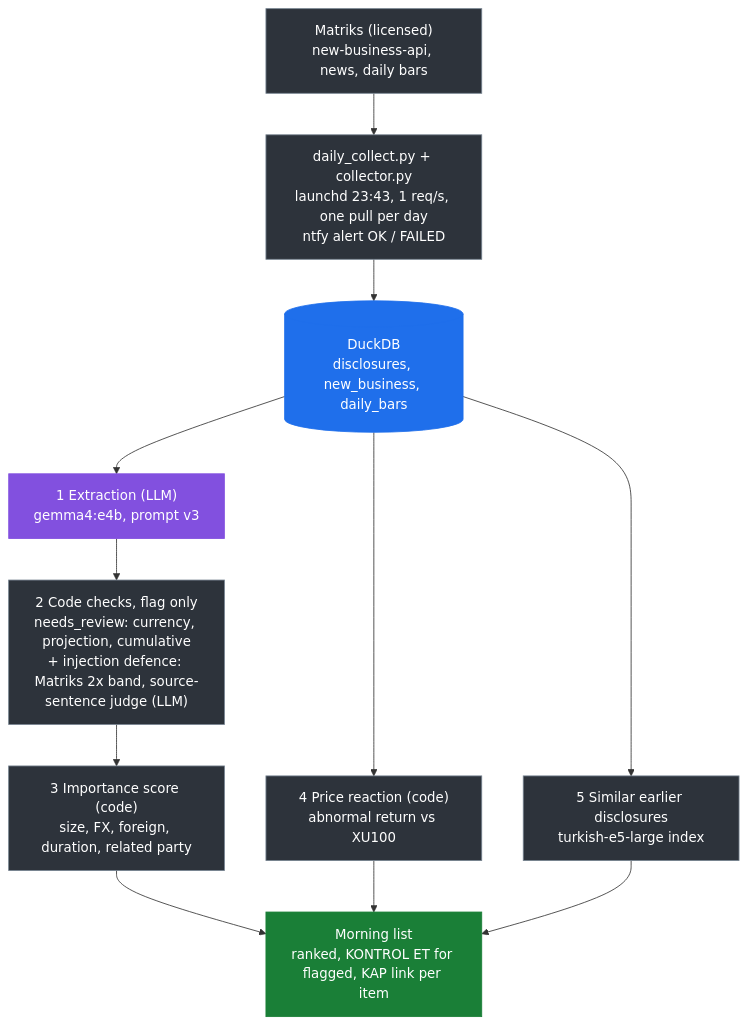
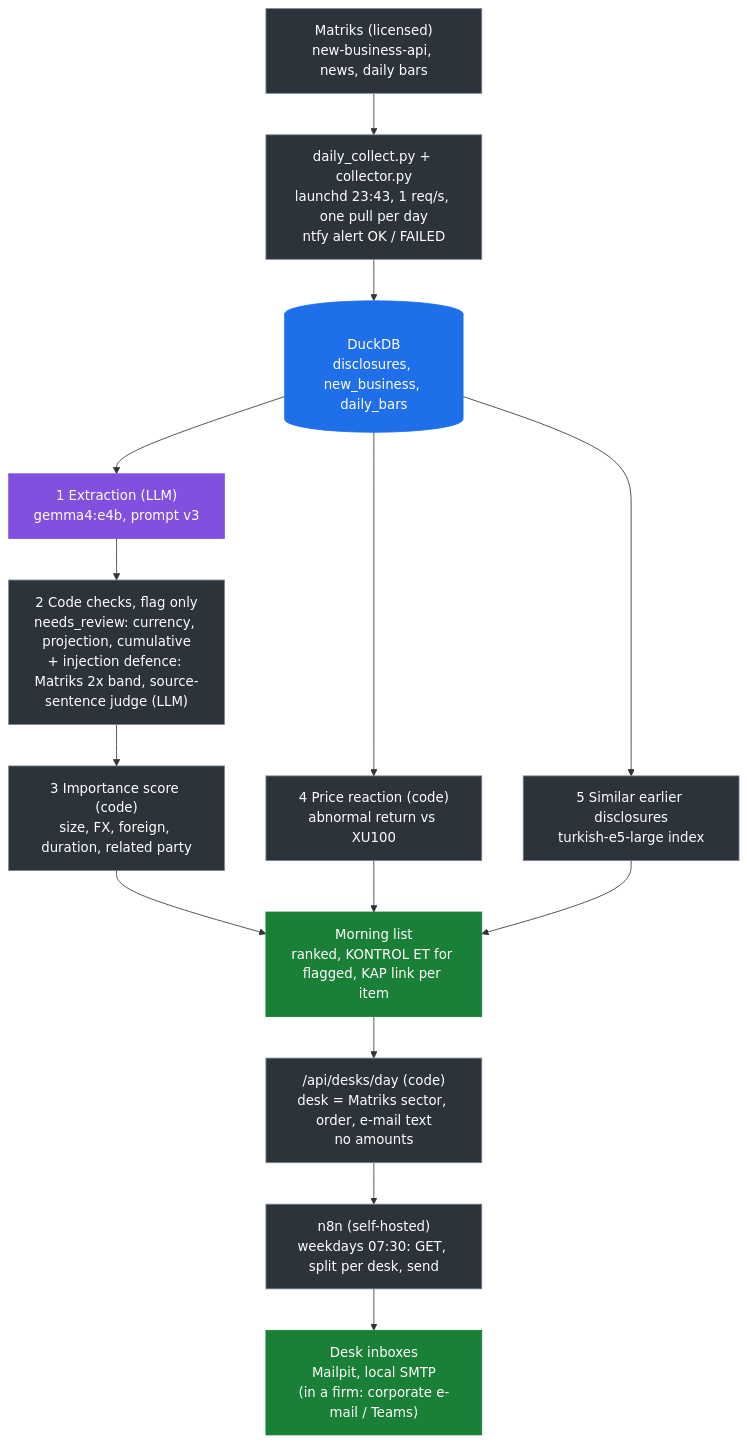
Before and after one commit to sfeyzayildiz/kap-triage: the first of 2 diagrams in docs/architecture.md, drawn with Mermaid. The commit also changed other lines of this file and 5 other files, not shown here.

````diff
--- a/docs/architecture.md
+++ b/docs/architecture.md
@@ -9,24 +9,28 @@
 ```mermaid
 flowchart TD
     classDef store fill:#1f6feb,stroke:#1f6feb,color:#ffffff
     classDef llm fill:#8250df,stroke:#8250df,color:#ffffff
     classDef code fill:#2d333b,stroke:#768390,color:#ffffff
     classDef out fill:#1a7f37,stroke:#1a7f37,color:#ffffff
 
     SRC["Matriks (licensed)<br/>new-business-api, news, daily bars"]:::code
     COL["daily_collect.py + collector.py<br/>launchd 23:43, 1 req/s, one pull per day<br/>ntfy alert OK / FAILED"]:::code
     DB[("DuckDB<br/>disclosures, new_business, daily_bars")]:::store
 
     LLM["1 Extraction (LLM)<br/>gemma4:e4b, prompt v3"]:::llm
     CHK["2 Code checks, flag only<br/>needs_review: currency, projection, cumulative<br/>+ injection defence: Matriks 2x band, source-sentence judge (LLM)"]:::code
     IMP["3 Importance score (code)<br/>size, FX, foreign, duration, related party"]:::code
     PM["4 Price reaction (code)<br/>abnormal return vs XU100"]:::code
     IDX["5 Similar earlier disclosures<br/>turkish-e5-large index"]:::code
 
     MORN["Morning list<br/>ranked, KONTROL ET for flagged, KAP link per item"]:::out
+    API["/api/desks/day (code)<br/>desk = Matriks sector, order, e-mail text<br/>no amounts"]:::code
+    N8N["n8n (self-hosted)<br/>weekdays 07:30: GET, split per desk, send"]:::code
+    MAIL["Desk inboxes<br/>Mailpit, local SMTP<br/>(in a firm: corporate e-mail / Teams)"]:::out
 
     SRC --> COL --> DB
     DB --> LLM --> CHK --> IMP --> MORN
     DB --> PM --> MORN
     DB --> IDX --> MORN
+    MORN --> API --> N8N --> MAIL
 ```
````
